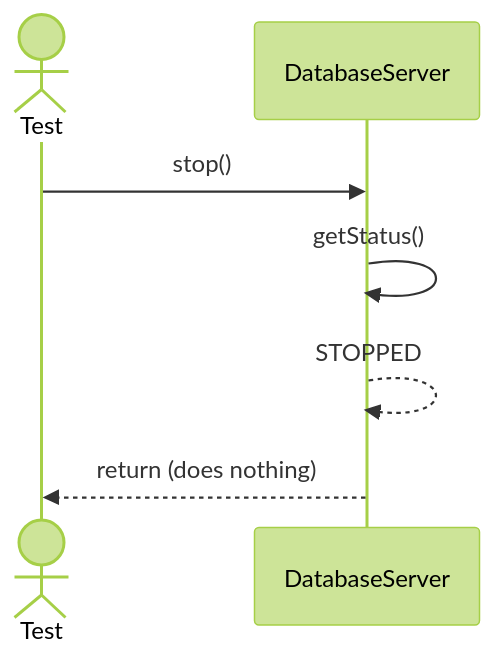
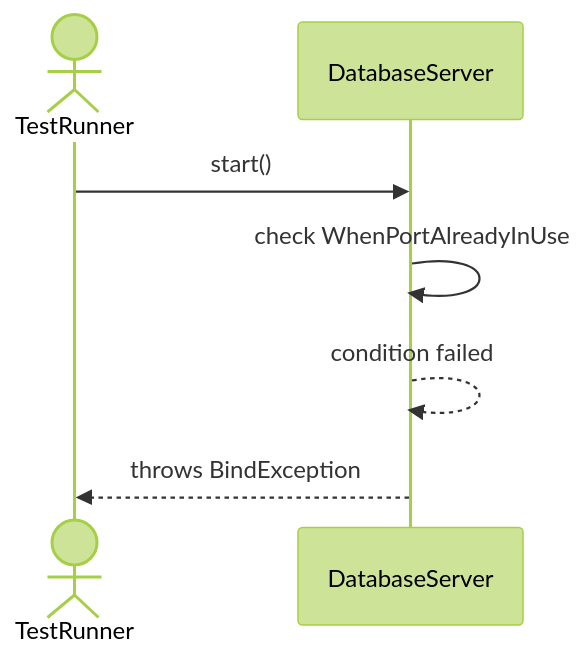
The sixth of 10 diagrams in Sequences/Core/DatabaseServer.md (TamBui1706/DBMS), drawn with Mermaid (forest theme) before and after one commit. The commit also changed other lines of this file and 63 other files, not shown here.

Commit message:
Draw sequence diagram for unit tests

````diff
--- a/Sequences/Core/DatabaseServer.md
+++ b/Sequences/Core/DatabaseServer.md
@@ -71,10 +84,9 @@
 ```mermaid
 sequenceDiagram
-    actor Test
+    actor TestRunner
     participant DatabaseServer
-
-    Test->>DatabaseServer: stop()
-    DatabaseServer->>DatabaseServer: getStatus()
-    DatabaseServer-->>DatabaseServer: STOPPED
-    DatabaseServer-->>Test: return (does nothing)
+    TestRunner->>DatabaseServer: start()
+    DatabaseServer->>DatabaseServer: check WhenPortAlreadyInUse
+    DatabaseServer-->>DatabaseServer: condition failed
+    DatabaseServer-->>TestRunner: throws BindException
 ```
````
